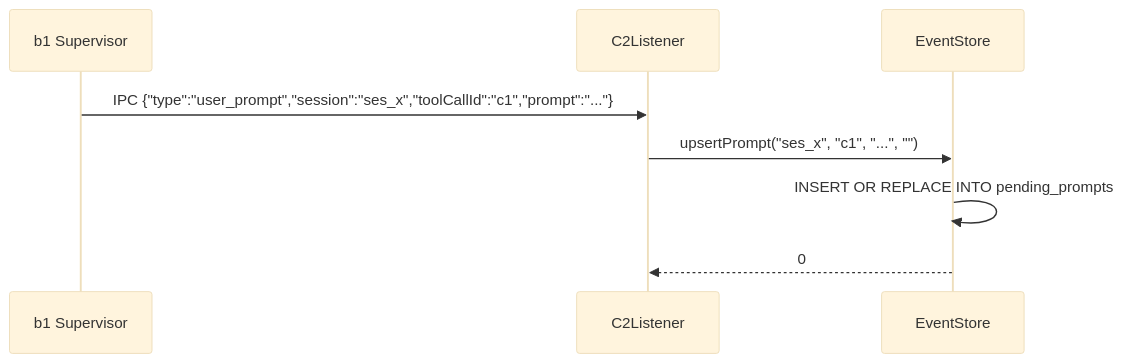
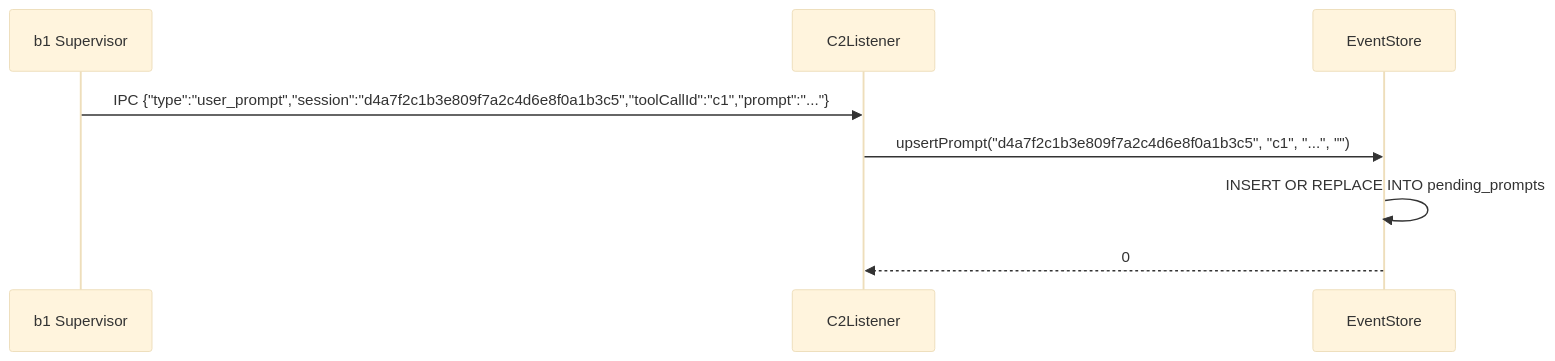
The second of 2 diagrams in src/c2/c2_event_store.spec.md (opensassi/a0), drawn with Mermaid (base theme) before and after one commit. The commit also changed 16 other files, not shown here.

````diff
--- a/src/c2/c2_event_store.spec.md
+++ b/src/c2/c2_event_store.spec.md
@@ -64,11 +64,11 @@
 ```mermaid
 sequenceDiagram
     participant B1 as b1 Supervisor
     participant L as C2Listener
     participant ES as EventStore
 
-    B1->>L: IPC {"type":"user_prompt","session":"ses_x","toolCallId":"c1","prompt":"..."}
-    L->>ES: upsertPrompt("ses_x", "c1", "...", "")
+    B1->>L: IPC {"type":"user_prompt","session":"d4a7f2c1b3e809f7a2c4d6e8f0a1b3c5","toolCallId":"c1","prompt":"..."}
+    L->>ES: upsertPrompt("d4a7f2c1b3e809f7a2c4d6e8f0a1b3c5", "c1", "...", "")
     ES->>ES: INSERT OR REPLACE INTO pending_prompts
     ES-->>L: 0
 ```
````
